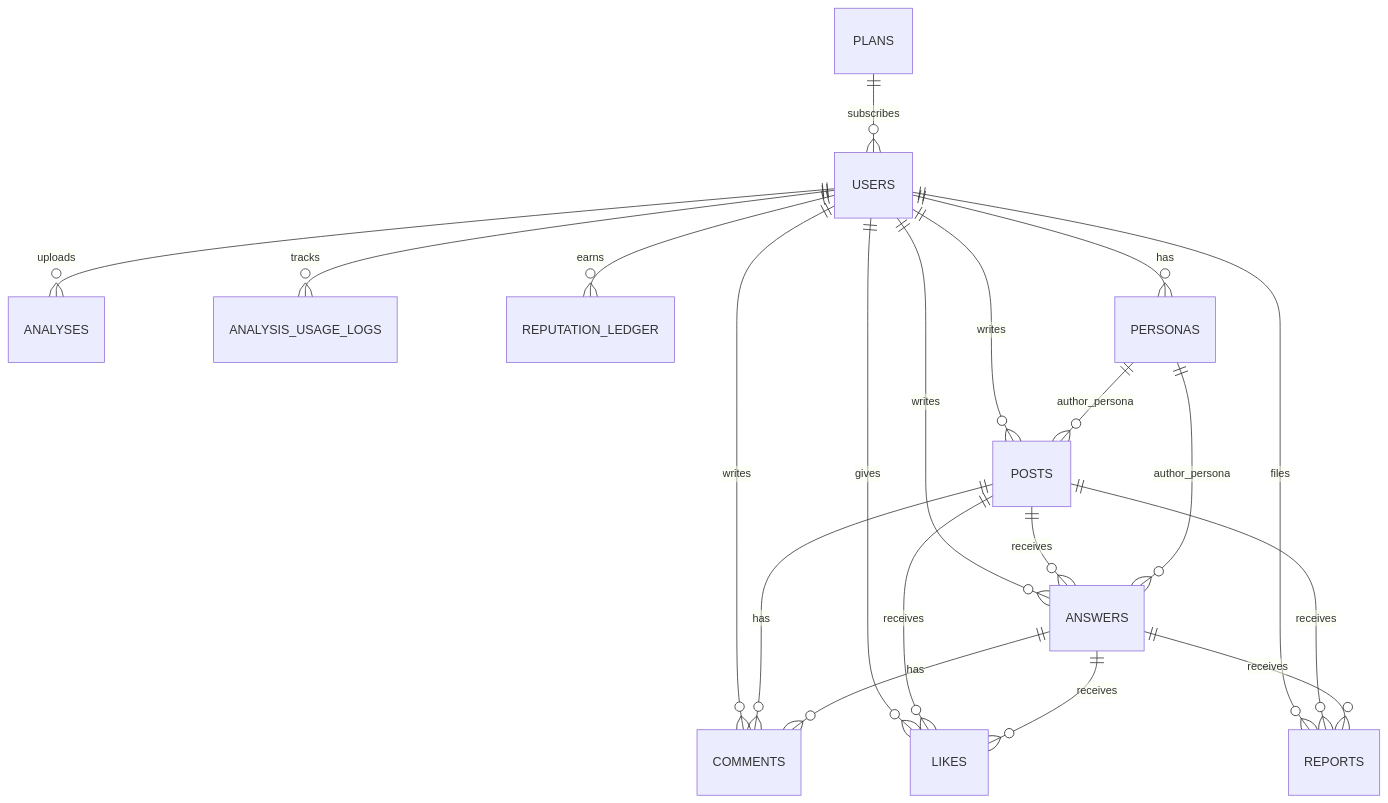
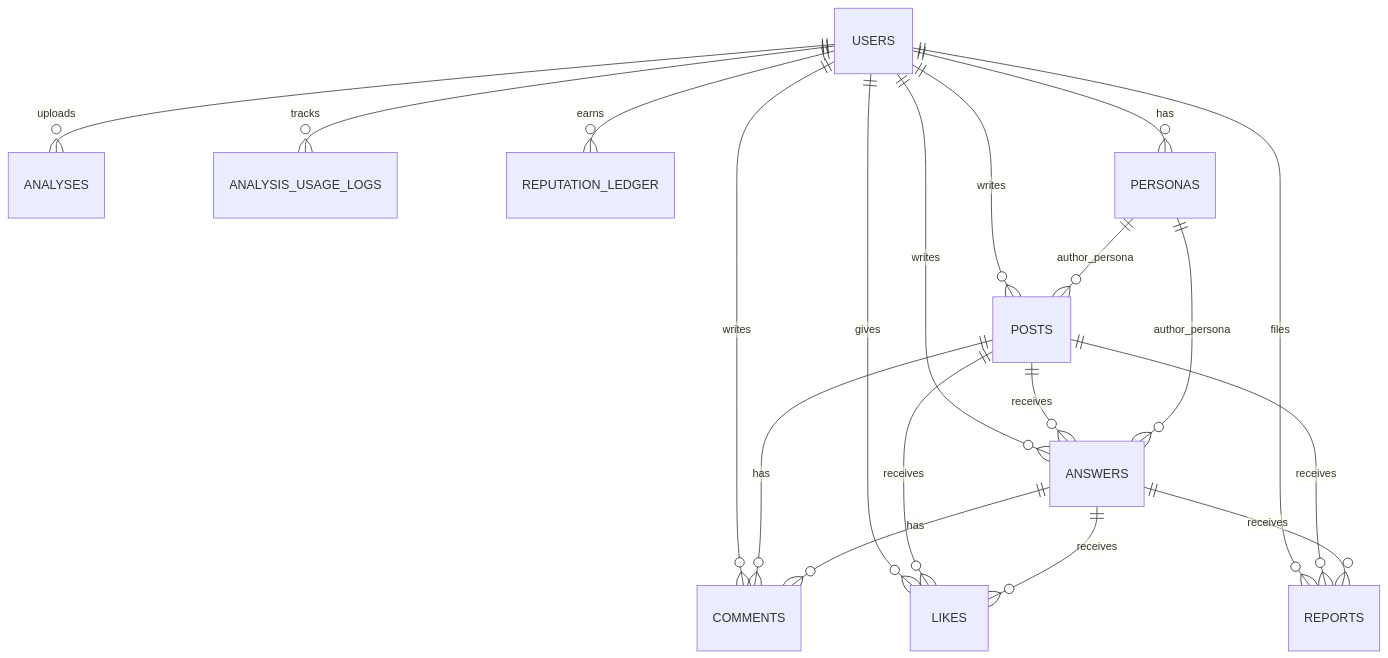
The diagram in docs/MiriArt_ERD_v2.md (Siegfriex/MiriArt), drawn with Mermaid before and after one commit. The commit also changed other lines of this file and 29 other files, not shown here.

First line of the commit message:
feat: 7개 문서 체계 확립, ERD 실 DB 검증, miriart_docs 레포 연동

````diff
--- a/docs/MiriArt_ERD_v2.md
+++ b/docs/MiriArt_ERD_v2.md
@@ -12,22 +13,21 @@
 ```mermaid
 erDiagram
     USERS ||--o{ ANALYSES : "uploads"
     USERS ||--o{ ANALYSIS_USAGE_LOGS : "tracks"
     USERS ||--o{ POSTS : "writes"
     USERS ||--o{ ANSWERS : "writes"
     USERS ||--o{ COMMENTS : "writes"
     USERS ||--o{ LIKES : "gives"
     USERS ||--o{ REPUTATION_LEDGER : "earns"
     USERS ||--o{ REPORTS : "files"
     USERS ||--o{ PERSONAS : "has"
-    PLANS ||--o{ USERS : "subscribes"
     POSTS ||--o{ ANSWERS : "receives"
     POSTS ||--o{ COMMENTS : "has"
     POSTS ||--o{ LIKES : "receives"
     POSTS ||--o{ REPORTS : "receives"
     ANSWERS ||--o{ COMMENTS : "has"
     ANSWERS ||--o{ LIKES : "receives"
     ANSWERS ||--o{ REPORTS : "receives"
     PERSONAS ||--o{ POSTS : "author_persona"
     PERSONAS ||--o{ ANSWERS : "author_persona"
 ```
````
